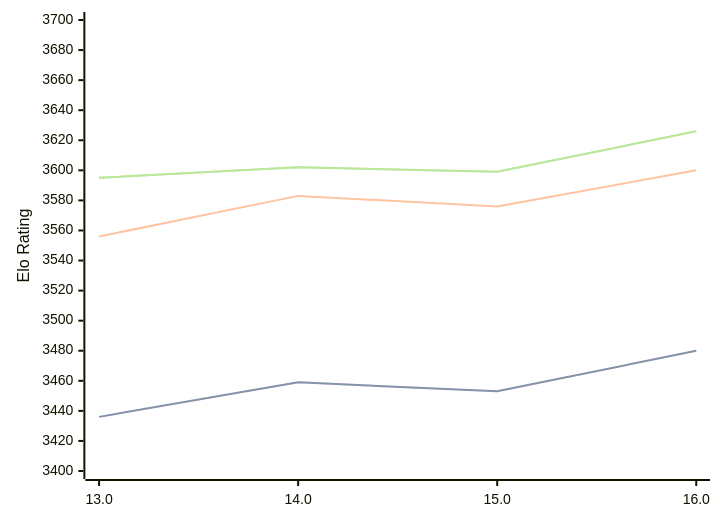
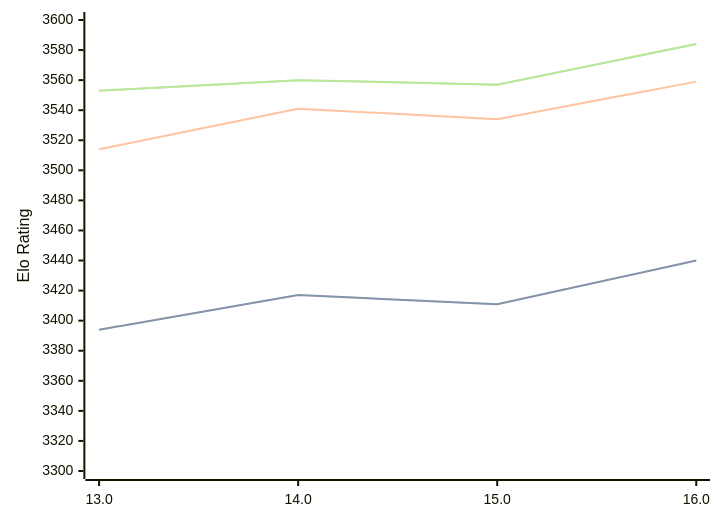
Before and after one commit to computer-chess-index/cci: the diagram in engines/Obsidian.md, drawn with Mermaid. The commit also changed other lines of this file, not shown here.

Commit message:
Update CCI Ratings (ELO VLTC) - 2026-05-19

````diff
--- a/engines/Obsidian.md
+++ b/engines/Obsidian.md
@@ -43,11 +43,11 @@
 ```mermaid
 %%{init: {"theme":"base","themeVariables":{"seriesColors:['#a3a3a3','#222221','#faa371']}}}%%
 xychart-beta
   x-axis ["13.0", "14.0", "15.0", "16.0"]
-  y-axis "Elo Rating" 3400 --> 3700
-  line "STC (8.0+0.08s)" [3436, 3459, 3453, 3480]
-  line "STC (8.0+0.08s)" [3436, 3459, 3453, 3480]
-  line "LTC (60.0+0.60s)" [3556, 3583, 3576, 3600]
-  line "VLTC (2m24s+1.12s)" [3595, 3602, 3599, 3626]
-  line "VLTC (2m24s+1.12s)" [3595, 3602, 3599, 3626]
+  y-axis "Elo Rating" 3300 --> 3600
+  line "STC (8.0+0.08s)" [3394, 3417, 3411, 3440]
+  line "STC (8.0+0.08s)" [3394, 3417, 3411, 3440]
+  line "LTC (60.0+0.60s)" [3514, 3541, 3534, 3559]
+  line "VLTC (2m24s+1.12s)" [3553, 3560, 3557, 3584]
+  line "VLTC (2m24s+1.12s)" [3553, 3560, 3557, 3584]
 ```
````
